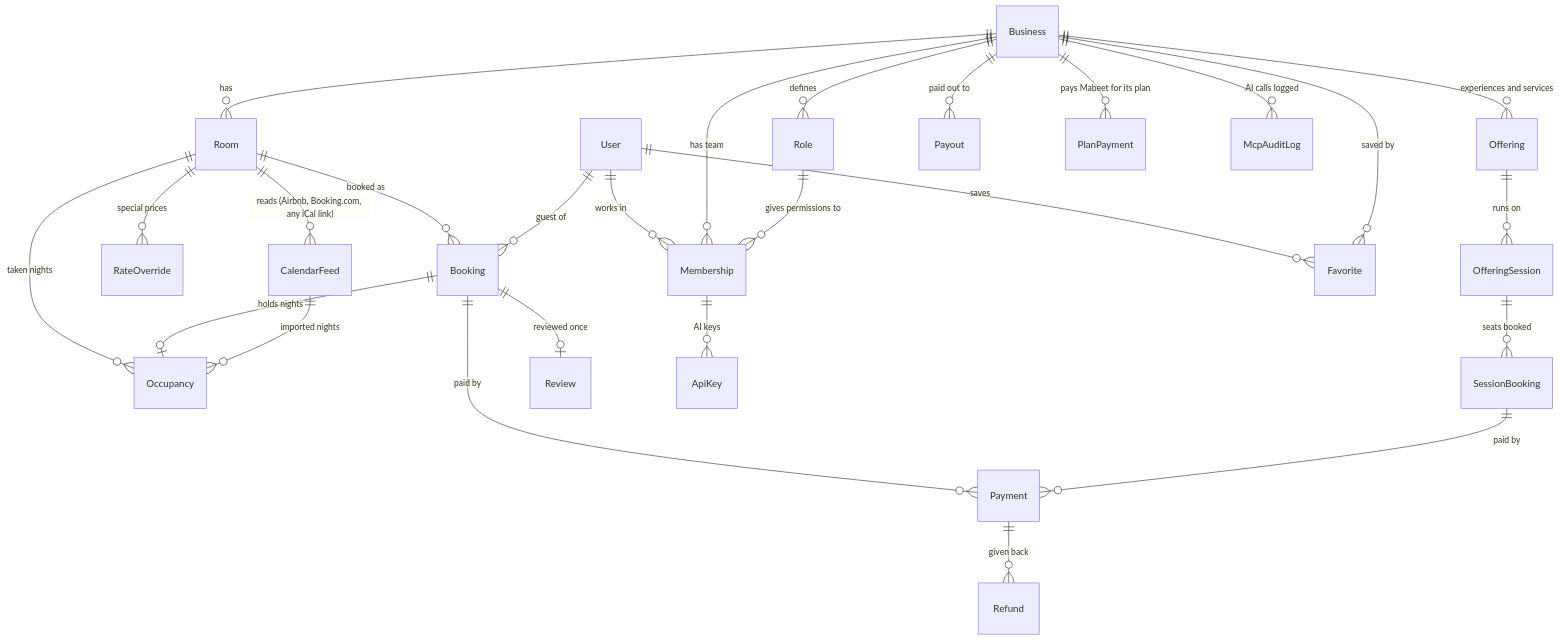
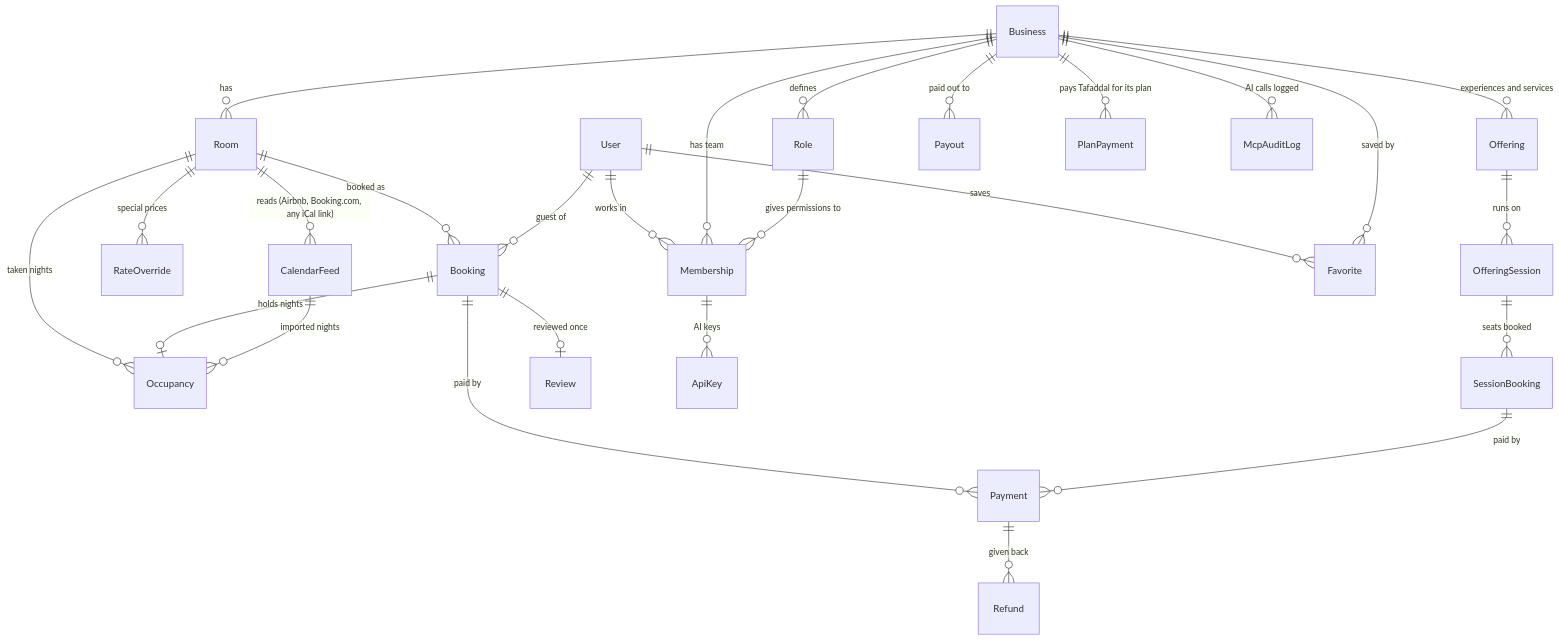
One commit to WouroudElKhaldi/mabeet changed the diagram in docs/data-model.md. Above: the diagram before and after it, drawn with Mermaid. The commit also changed other lines of this file and 39 other files, not shown here.

````diff
--- a/docs/data-model.md
+++ b/docs/data-model.md
@@ -8,32 +8,32 @@
 ```mermaid
 erDiagram
   User ||--o{ Membership : "works in"
   Business ||--o{ Membership : "has team"
   Role ||--o{ Membership : "gives permissions to"
   Business ||--o{ Role : defines
 
   Business ||--o{ Room : has
   Room ||--o{ RateOverride : "special prices"
   Room ||--o{ CalendarFeed : "reads (Airbnb, Booking.com, any iCal link)"
   Room ||--o{ Occupancy : "taken nights"
   Booking ||--o| Occupancy : "holds nights"
   CalendarFeed ||--o{ Occupancy : "imported nights"
   Room ||--o{ Booking : "booked as"
 
   Business ||--o{ Offering : "experiences and services"
   Offering ||--o{ OfferingSession : "runs on"
   OfferingSession ||--o{ SessionBooking : "seats booked"
 
   Booking ||--o{ Payment : "paid by"
   SessionBooking ||--o{ Payment : "paid by"
   Payment ||--o{ Refund : "given back"
   Business ||--o{ Payout : "paid out to"
-  Business ||--o{ PlanPayment : "pays Mabeet for its plan"
+  Business ||--o{ PlanPayment : "pays Tafaddal for its plan"
   Booking ||--o| Review : "reviewed once"
   User ||--o{ Booking : "guest of"
   User ||--o{ Favorite : saves
   Business ||--o{ Favorite : "saved by"
 
   Membership ||--o{ ApiKey : "AI keys"
   Business ||--o{ McpAuditLog : "AI calls logged"
 ```
````
